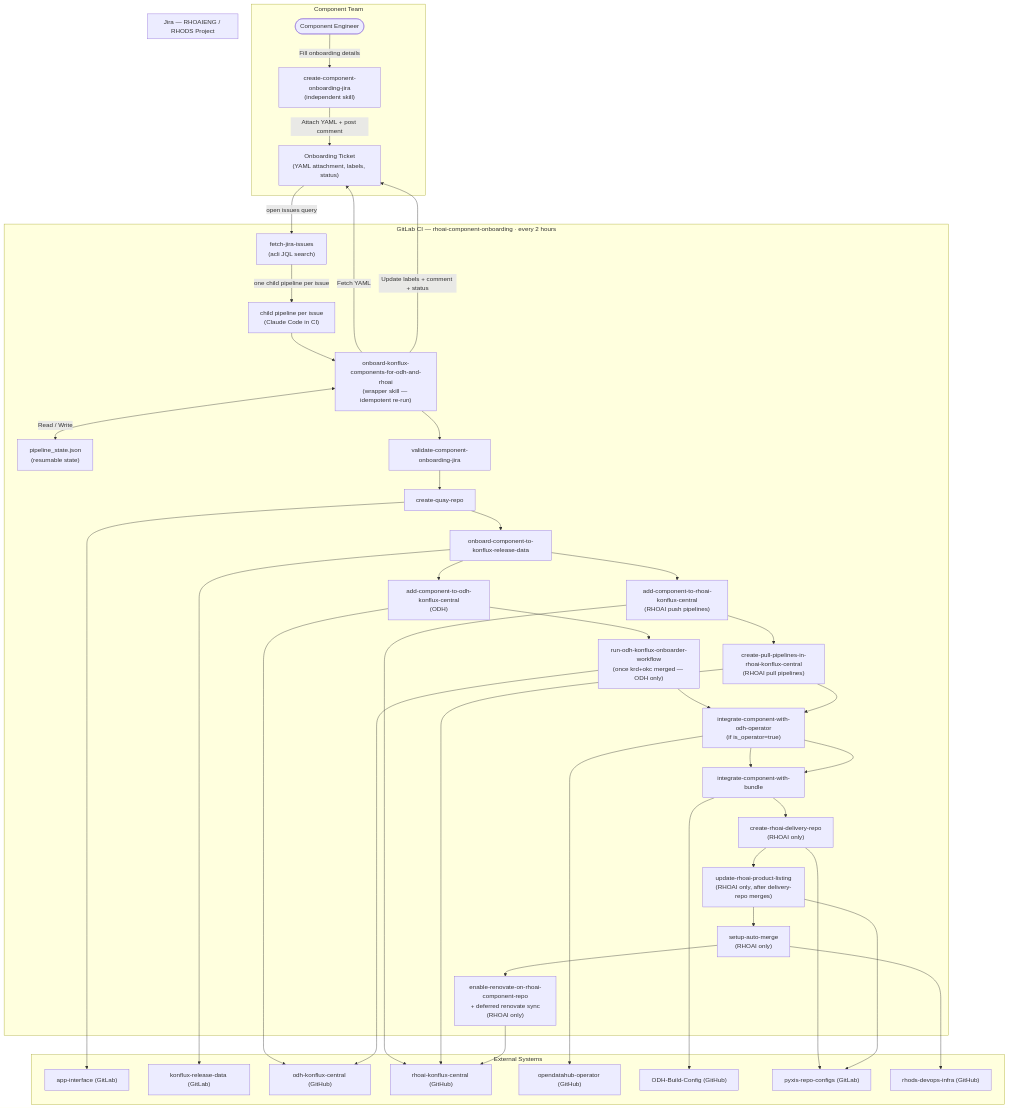
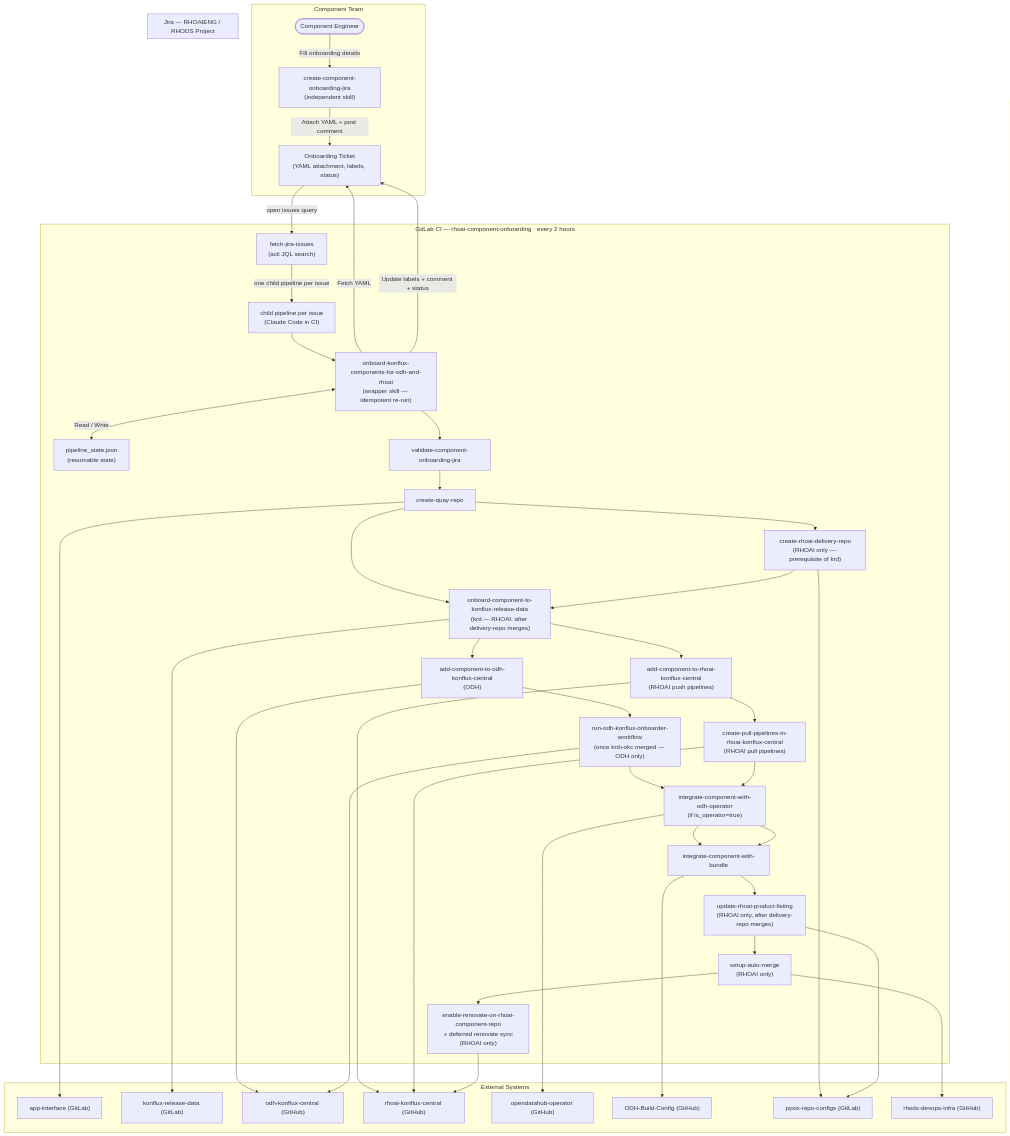
The diagram in docs/rfds/odh-component-onboarding/component-onboarding-skill.md (jstetina/aiops-infra), drawn with Mermaid before and after one commit. The commit also changed other lines of this file and 78 other files, not shown here.

````diff
--- a/docs/rfds/odh-component-onboarding/component-onboarding-skill.md
+++ b/docs/rfds/odh-component-onboarding/component-onboarding-skill.md
@@ -15,68 +15,70 @@
 ```mermaid
 flowchart TD
     subgraph componentTeam [Component Team]
         CT([Component Engineer])
         createJira["create-component-onboarding-jira\n(independent skill)"]
         CT -->|"Fill onboarding details"| createJira
         createJira -->|"Attach YAML + post comment"| JiraTicket
     end
 
     subgraph ciPipeline [GitLab CI — rhoai-component-onboarding · every 2 hours]
         Fetch["fetch-jira-issues\n(acli JQL search)"]
         ChildPipeline["child pipeline per issue\n(Claude Code in CI)"]
         Wrapper["onboard-konflux-components-for-odh-and-rhoai\n(wrapper skill — idempotent re-run)"]
         State["pipeline_state.json\n(resumable state)"]
 
         S1["validate-component-onboarding-jira"]
         S2["create-quay-repo"]
-        S3["onboard-component-to-konflux-release-data"]
-        S4ODH["add-component-to-odh-konflux-central\n(ODH)"]
-        S4RHOAI["add-component-to-rhoai-konflux-central\n(RHOAI push pipelines)"]
-        S4b["create-pull-pipelines-in-rhoai-konflux-central\n(RHOAI pull pipelines)"]
-        S5["run-odh-konflux-onboarder-workflow\n(once krd+okc merged — ODH only)"]
-        S6["integrate-component-with-odh-operator\n(if is_operator=true)"]
-        S7["integrate-component-with-bundle"]
-        S8["create-rhoai-delivery-repo\n(RHOAI only)"]
+        S3RHOAI["create-rhoai-delivery-repo\n(RHOAI only — prerequisite of krd)"]
+        S4["onboard-component-to-konflux-release-data\n(krd — RHOAI: after delivery-repo merges)"]
+        S5ODH["add-component-to-odh-konflux-central\n(ODH)"]
+        S5RHOAI["add-component-to-rhoai-konflux-central\n(RHOAI push pipelines)"]
+        S5b["create-pull-pipelines-in-rhoai-konflux-central\n(RHOAI pull pipelines)"]
+        S6["run-odh-konflux-onboarder-workflow\n(once krd+okc merged — ODH only)"]
+        S7["integrate-component-with-odh-operator\n(if is_operator=true)"]
+        S8["integrate-component-with-bundle"]
         S9["update-rhoai-product-listing\n(RHOAI only, after delivery-repo merges)"]
         S10["setup-auto-merge\n(RHOAI only)"]
         S11["enable-renovate-on-rhoai-component-repo\n+ deferred renovate sync\n(RHOAI only)"]
 
         Fetch -->|"one child pipeline per issue"| ChildPipeline
         ChildPipeline --> Wrapper
-        Wrapper --> S1 --> S2 --> S3
-        S3 --> S4ODH --> S5 --> S6 --> S7
-        S3 --> S4RHOAI --> S4b --> S6 --> S7 --> S8 --> S9 --> S10 --> S11
+        Wrapper --> S1 --> S2
+        S2 --> S4
+        S2 --> S3RHOAI --> S4
+        S4 --> S5ODH --> S6 --> S7 --> S8
+        S4 --> S5RHOAI --> S5b --> S7 --> S8 --> S9 --> S10 --> S11
         Wrapper <-->|"Read / Write"| State
     end
 
     subgraph jiraLayer [Jira — RHOAIENG / RHODS Project]
         JiraTicket["Onboarding Ticket\n(YAML attachment, labels, status)"]
     end
 
     subgraph externalSystems [External Systems]
         AppInterface["app-interface (GitLab)"]
         KonfluxRD["konflux-release-data (GitLab)"]
         ODHKonflux["odh-konflux-central (GitHub)"]
         RHOAIKonflux["rhoai-konflux-central (GitHub)"]
         ODHOperator["opendatahub-operator (GitHub)"]
         ODHBC["ODH-Build-Config (GitHub)"]
         PyxisRepo["pyxis-repo-configs (GitLab)"]
         RHODSInfra["rhods-devops-infra (GitHub)"]
     end
 
     JiraTicket -->|"open issues query"| Fetch
     Wrapper -->|"Fetch YAML"| JiraTicket
     Wrapper -->|"Update labels + comment + status"| JiraTicket
     S2 --> AppInterface
-    S3 --> KonfluxRD
-    S4ODH --> ODHKonflux
-    S4RHOAI --> RHOAIKonflux
-    S4b --> RHOAIKonflux
-    S5 --> ODHKonflux
-    S6 --> ODHOperator
-    S7 --> ODHBC
-    S8 --> PyxisRepo
+    S3RHOAI --> PyxisRepo
+    S4 --> KonfluxRD
+    S5ODH --> ODHKonflux
+    S5RHOAI --> RHOAIKonflux
+    S5b --> RHOAIKonflux
+    S6 --> ODHKonflux
+    S7 --> ODHOperator
+    S8 --> ODHBC
     S9 --> PyxisRepo
     S10 --> RHODSInfra
     S11 --> RHOAIKonflux
 ```
````
